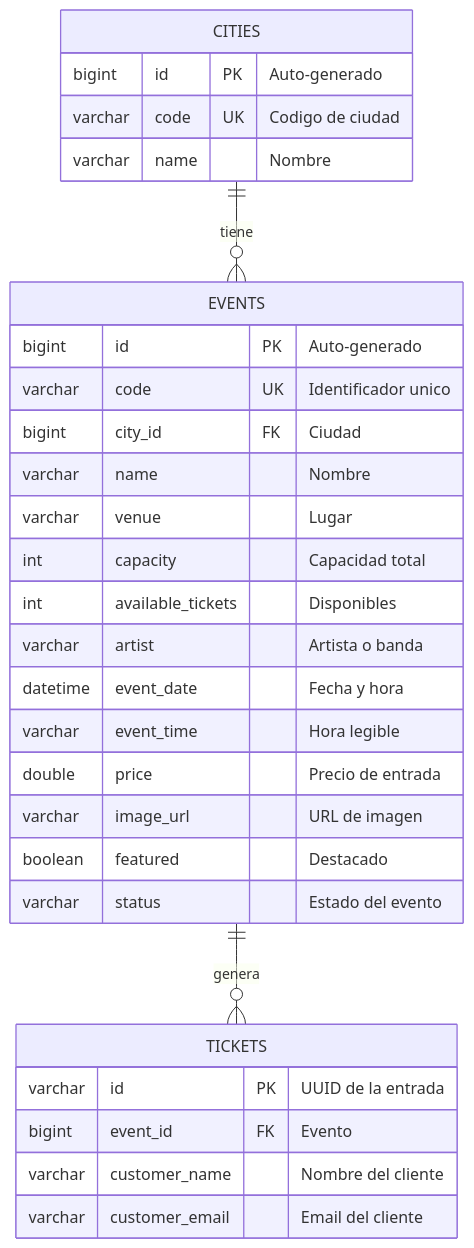
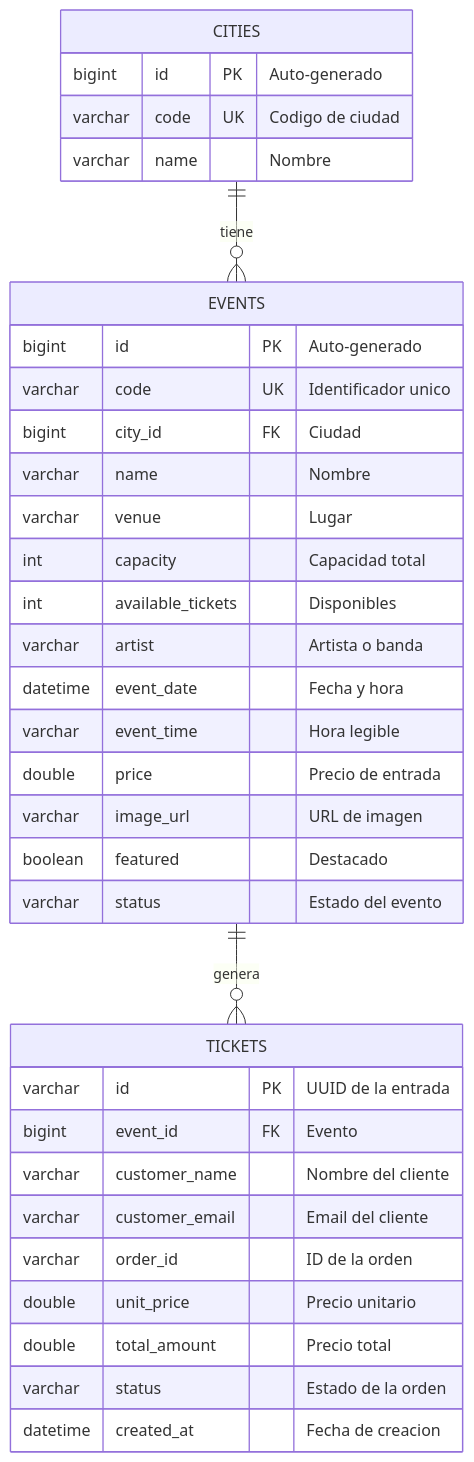
One commit to pablocelva/ticketera-hito-final-backend changed the diagram in README.md. Above: the diagram before and after it, drawn with Mermaid. The commit also changed other lines of this file and 12 other files, not shown here.

````diff
--- a/README.md
+++ b/README.md
@@ -400,32 +403,37 @@
 ```mermaid
 erDiagram
     CITIES {
         bigint id PK "Auto-generado"
         varchar code UK "Codigo de ciudad"
         varchar name "Nombre"
     }
     EVENTS {
         bigint id PK "Auto-generado"
         varchar code UK "Identificador unico"
         bigint city_id FK "Ciudad"
         varchar name "Nombre"
         varchar venue "Lugar"
         int capacity "Capacidad total"
         int available_tickets "Disponibles"
         varchar artist "Artista o banda"
         datetime event_date "Fecha y hora"
         varchar event_time "Hora legible"
         double price "Precio de entrada"
         varchar image_url "URL de imagen"
         boolean featured "Destacado"
         varchar status "Estado del evento"
     }
     TICKETS {
         varchar id PK "UUID de la entrada"
         bigint event_id FK "Evento"
         varchar customer_name "Nombre del cliente"
         varchar customer_email "Email del cliente"
+        varchar order_id "ID de la orden"
+        double unit_price "Precio unitario"
+        double total_amount "Precio total"
+        varchar status "Estado de la orden"
+        datetime created_at "Fecha de creacion"
     }
     CITIES ||--o{ EVENTS : "tiene"
     EVENTS ||--o{ TICKETS : "genera"
 ```
````
